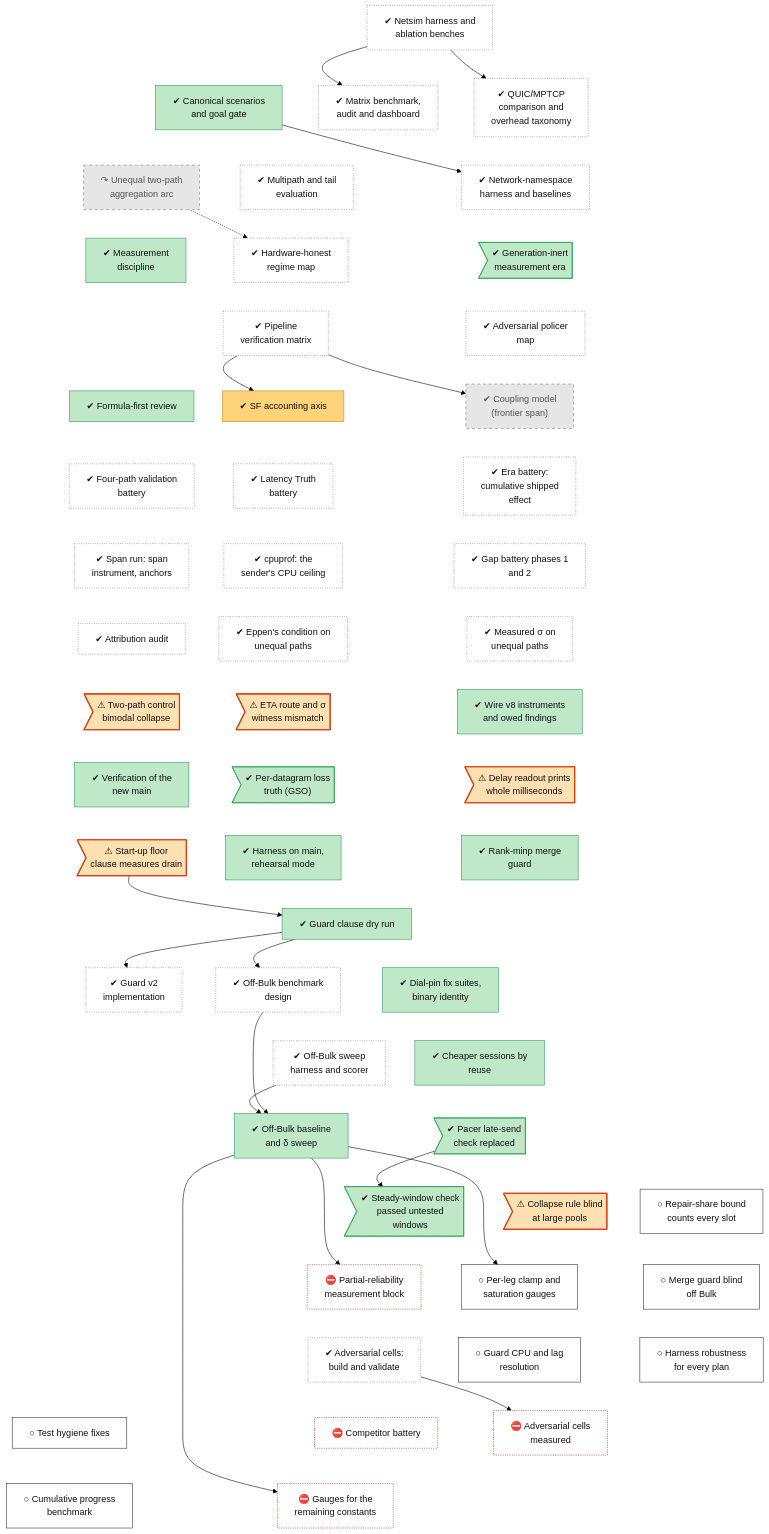
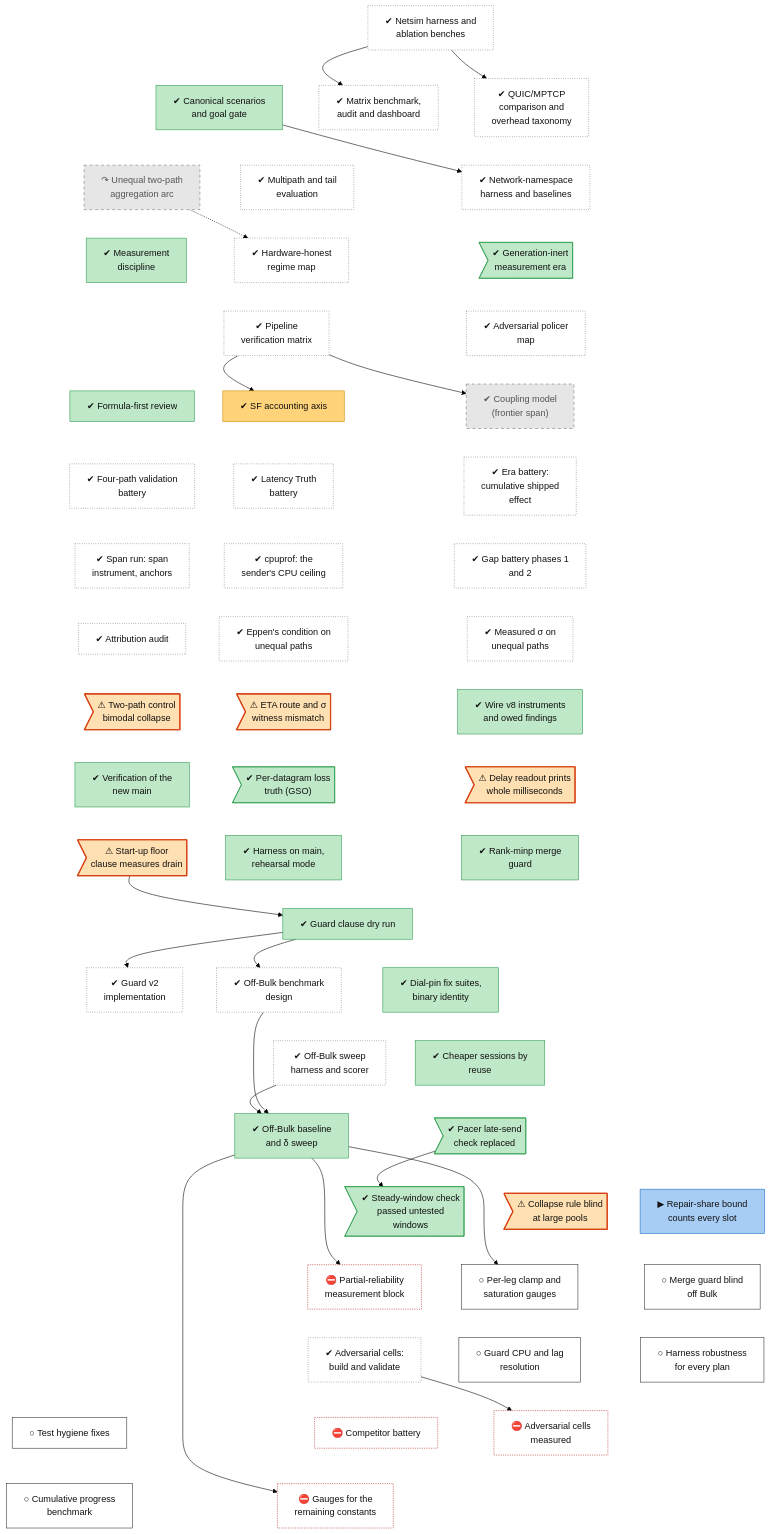
Before and after one commit to lhns/raptorpath: the diagram in docs/roadmap/tracks/meas.md, drawn with Mermaid (forest theme). The commit also changed other lines of this file and 3 other files, not shown here.

Commit message:
roadmap: W1 bracket scorer half merged (count form; stub run ALL OK); one W1 definition for K4 still owed

````diff
--- a/docs/roadmap/tracks/meas.md
+++ b/docs/roadmap/tracks/meas.md
@@ -51,7 +51,7 @@
     meas_s51_session["✔ Off-Bulk baseline<br/>and δ sweep"]
     meas_blocke_pacing_gate>"✔ Pacer late-send<br/>check replaced"]
     meas_blocke_steady_rule>"✔ Steady-window check<br/>passed untested<br/>windows"]
-    meas_w1_bracket_fix["○ Repair-share bound<br/>counts every slot"]
+    meas_w1_bracket_fix["▶ Repair-share bound<br/>counts every slot"]
     meas_defect_cr61_large_pool>"⚠ Collapse rule blind<br/>at large pools"]
     meas_s51b_rho["⛔ Partial-reliability<br/>measurement block"]
     meas_guard_bulk_blind["○ Merge guard blind<br/>off Bulk"]
@@ -157,6 +157,7 @@
     class meas_c8_aggregation_arc,meas_coupling_model dead
     class meas_sf_accounting mixed
     class meas_defect_eta_witness,meas_defect_c8_bimodal,meas_defect_diag_rtp_ms,meas_defect_rtp_floor,meas_defect_cr61_large_pool defect
-    class meas_w1_bracket_fix,meas_guard_bulk_blind,meas_s51_c8_gauges,meas_harness_robustness,meas_guard_resolution,meas_test_hygiene,meas_progress_baseline next
+    class meas_w1_bracket_fix inprog
     class meas_s51b_rho,meas_adversarial_cells_run,meas_competitor_battery,meas_fix_gauges_p3 blocked
+    class meas_guard_bulk_blind,meas_s51_c8_gauges,meas_harness_robustness,meas_guard_resolution,meas_test_hygiene,meas_progress_baseline next
 ```
````
